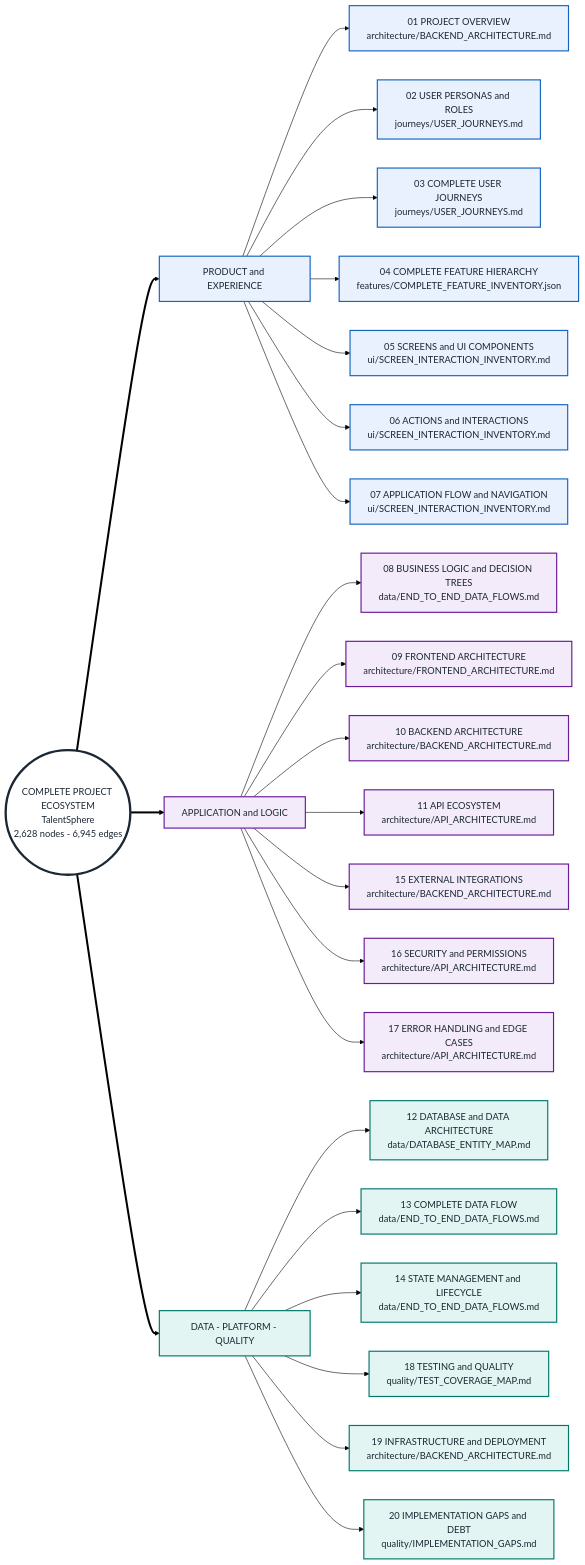
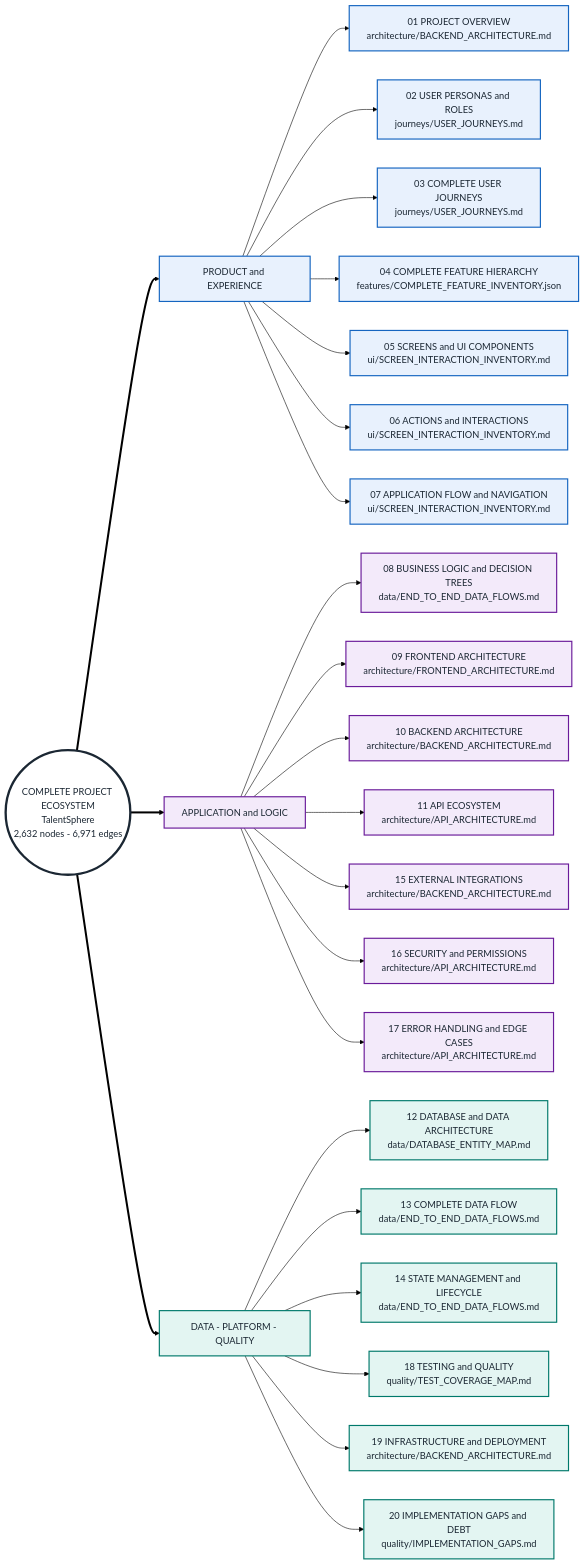
One commit to yhsomani/talentsphere-complete changed the first of 22 diagrams in project-mindmap/master/MASTER_PROJECT_DIAGRAMS.md. Above: the diagram before and after it, drawn with Mermaid (forest theme). The commit also changed other lines of this file and 44 other files, not shown here.

First line of the commit message:
docs: dedup scan, doc-to-code sync and mind map refresh

````diff
--- a/project-mindmap/master/MASTER_PROJECT_DIAGRAMS.md
+++ b/project-mindmap/master/MASTER_PROJECT_DIAGRAMS.md
@@ -21,55 +21,55 @@
 ```mermaid
 flowchart LR
-  HUB(("COMPLETE PROJECT ECOSYSTEM<br/>TalentSphere<br/>2,628 nodes - 6,945 edges")):::hub
+  HUB(("COMPLETE PROJECT ECOSYSTEM<br/>TalentSphere<br/>2,632 nodes - 6,971 edges")):::hub
   ZA["PRODUCT and EXPERIENCE"]:::grpA
   HUB ==> ZA
   B01["01 PROJECT OVERVIEW<br/>architecture/BACKEND_ARCHITECTURE.md"]:::grpA
   ZA --> B01
   B02["02 USER PERSONAS and ROLES<br/>journeys/USER_JOURNEYS.md"]:::grpA
   ZA --> B02
   B03["03 COMPLETE USER JOURNEYS<br/>journeys/USER_JOURNEYS.md"]:::grpA
   ZA --> B03
   B04["04 COMPLETE FEATURE HIERARCHY<br/>features/COMPLETE_FEATURE_INVENTORY.json"]:::grpA
   ZA --> B04
   B05["05 SCREENS and UI COMPONENTS<br/>ui/SCREEN_INTERACTION_INVENTORY.md"]:::grpA
   ZA --> B05
   B06["06 ACTIONS and INTERACTIONS<br/>ui/SCREEN_INTERACTION_INVENTORY.md"]:::grpA
   ZA --> B06
   B07["07 APPLICATION FLOW and NAVIGATION<br/>ui/SCREEN_INTERACTION_INVENTORY.md"]:::grpA
   ZA --> B07
   ZB["APPLICATION and LOGIC"]:::grpB
   HUB ==> ZB
   B08["08 BUSINESS LOGIC and DECISION TREES<br/>data/END_TO_END_DATA_FLOWS.md"]:::grpB
   ZB --> B08
   B09["09 FRONTEND ARCHITECTURE<br/>architecture/FRONTEND_ARCHITECTURE.md"]:::grpB
   ZB --> B09
   B10["10 BACKEND ARCHITECTURE<br/>architecture/BACKEND_ARCHITECTURE.md"]:::grpB
   ZB --> B10
   B11["11 API ECOSYSTEM<br/>architecture/API_ARCHITECTURE.md"]:::grpB
   ZB --> B11
   B15["15 EXTERNAL INTEGRATIONS<br/>architecture/BACKEND_ARCHITECTURE.md"]:::grpB
   ZB --> B15
   B16["16 SECURITY and PERMISSIONS<br/>architecture/API_ARCHITECTURE.md"]:::grpB
   ZB --> B16
   B17["17 ERROR HANDLING and EDGE CASES<br/>architecture/API_ARCHITECTURE.md"]:::grpB
   ZB --> B17
   ZC["DATA - PLATFORM - QUALITY"]:::grpC
   HUB ==> ZC
   B12["12 DATABASE and DATA ARCHITECTURE<br/>data/DATABASE_ENTITY_MAP.md"]:::grpC
   ZC --> B12
   B13["13 COMPLETE DATA FLOW<br/>data/END_TO_END_DATA_FLOWS.md"]:::grpC
   ZC --> B13
   B14["14 STATE MANAGEMENT and LIFECYCLE<br/>data/END_TO_END_DATA_FLOWS.md"]:::grpC
   ZC --> B14
   B18["18 TESTING and QUALITY<br/>quality/TEST_COVERAGE_MAP.md"]:::grpC
   ZC --> B18
   B19["19 INFRASTRUCTURE and DEPLOYMENT<br/>architecture/BACKEND_ARCHITECTURE.md"]:::grpC
   ZC --> B19
   B20["20 IMPLEMENTATION GAPS and DEBT<br/>quality/IMPLEMENTATION_GAPS.md"]:::grpC
   ZC --> B20
   classDef grpA fill:#e8f1fd,stroke:#1565c0,color:#1b2733,stroke-width:2px;
   classDef grpB fill:#f3eafa,stroke:#6a1b9a,color:#1b2733,stroke-width:2px;
   classDef grpC fill:#e3f5f2,stroke:#00796b,color:#1b2733,stroke-width:2px;
   classDef hub fill:#ffffff,stroke:#1b2733,stroke-width:4px,color:#1b2733;
   classDef api fill:#fff3e0,stroke:#e65100,color:#1b2733;
 ```
````
